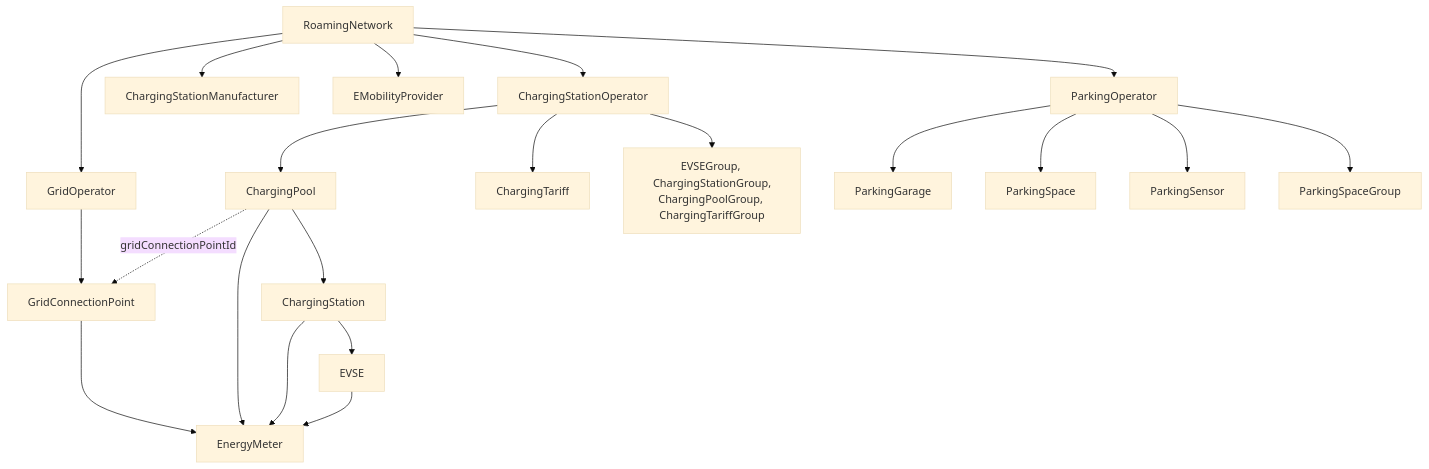
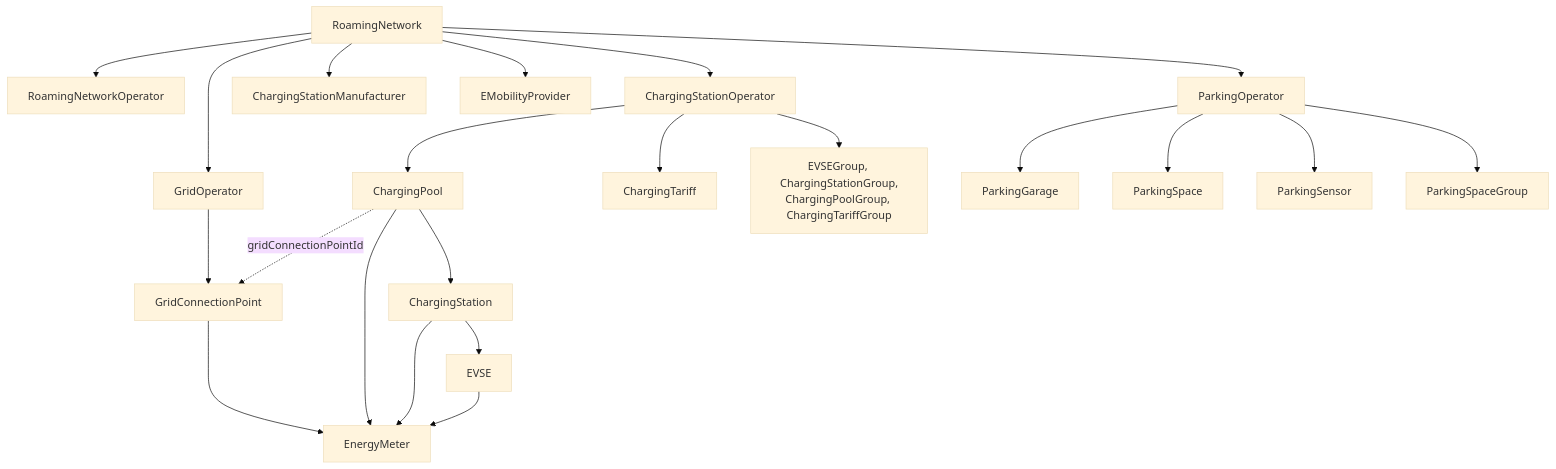
One commit to OpenChargingCloud/WWCP_POI changed the diagram in docs/README.md. Above: the diagram before and after it, drawn with Mermaid (base theme). The commit also changed other lines of this file and 28 other files, not shown here.

````diff
--- a/docs/README.md
+++ b/docs/README.md
@@ -13,23 +13,24 @@
 ```mermaid
 flowchart TD
+    RoamingNetwork --> RoamingNetworkOperator
     RoamingNetwork --> ChargingStationOperator
     RoamingNetwork --> ChargingStationManufacturer
     RoamingNetwork --> EMobilityProvider
     RoamingNetwork --> GridOperator
     RoamingNetwork --> ParkingOperator
     GridOperator --> GridConnectionPoint
     GridConnectionPoint --> EnergyMeter
     ChargingPool -. gridConnectionPointId .-> GridConnectionPoint
     ChargingStationOperator --> ChargingPool
     ChargingStationOperator --> ChargingTariff
     ChargingStationOperator --> Groups["EVSEGroup, ChargingStationGroup,<br/>ChargingPoolGroup, ChargingTariffGroup"]
     ChargingPool --> ChargingStation
     ChargingStation --> EVSE
     ChargingPool --> EnergyMeter
     ChargingStation --> EnergyMeter
     EVSE --> EnergyMeter
     ParkingOperator --> ParkingGarage
     ParkingOperator --> ParkingSpace
     ParkingOperator --> ParkingSensor
     ParkingOperator --> ParkingSpaceGroup
 ```
````
